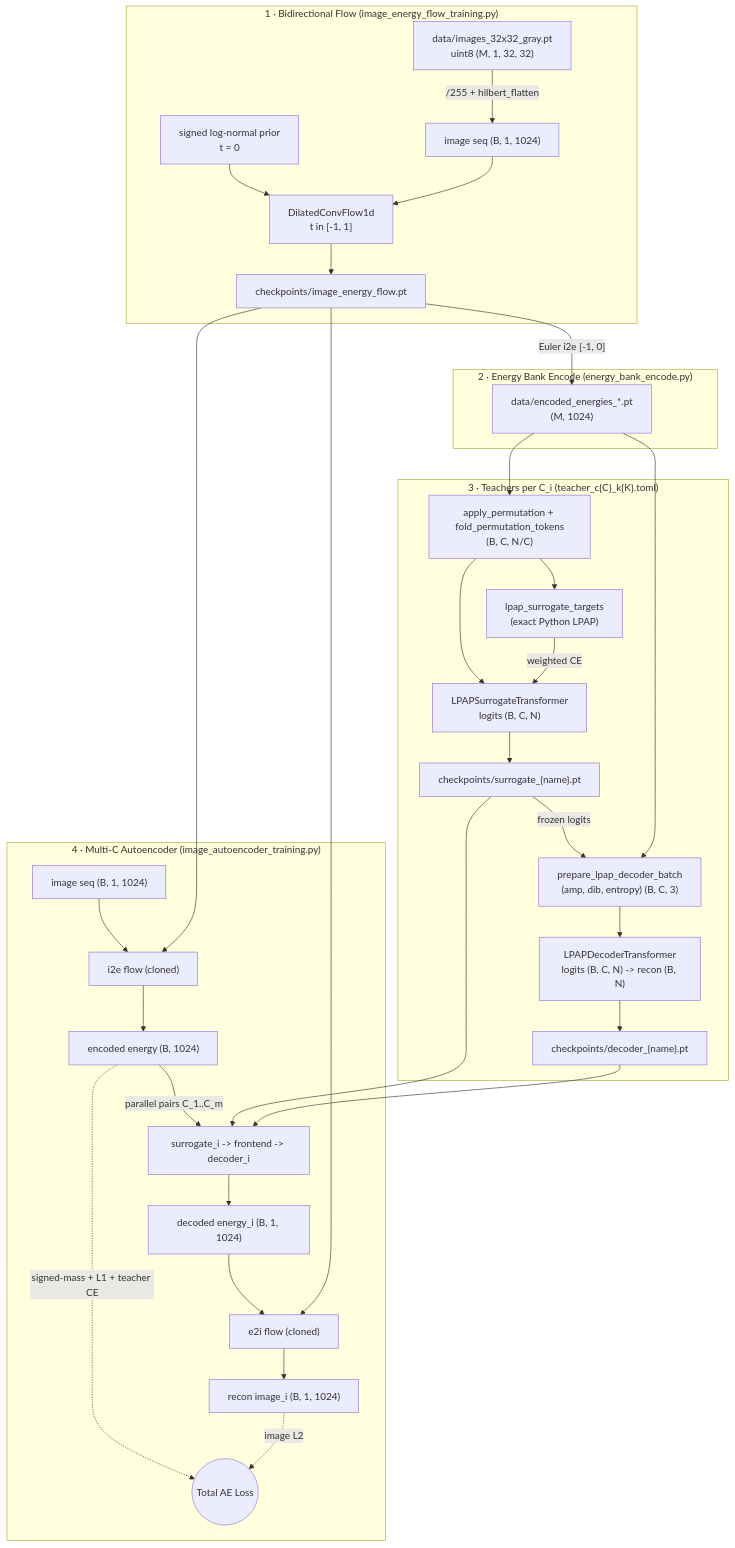
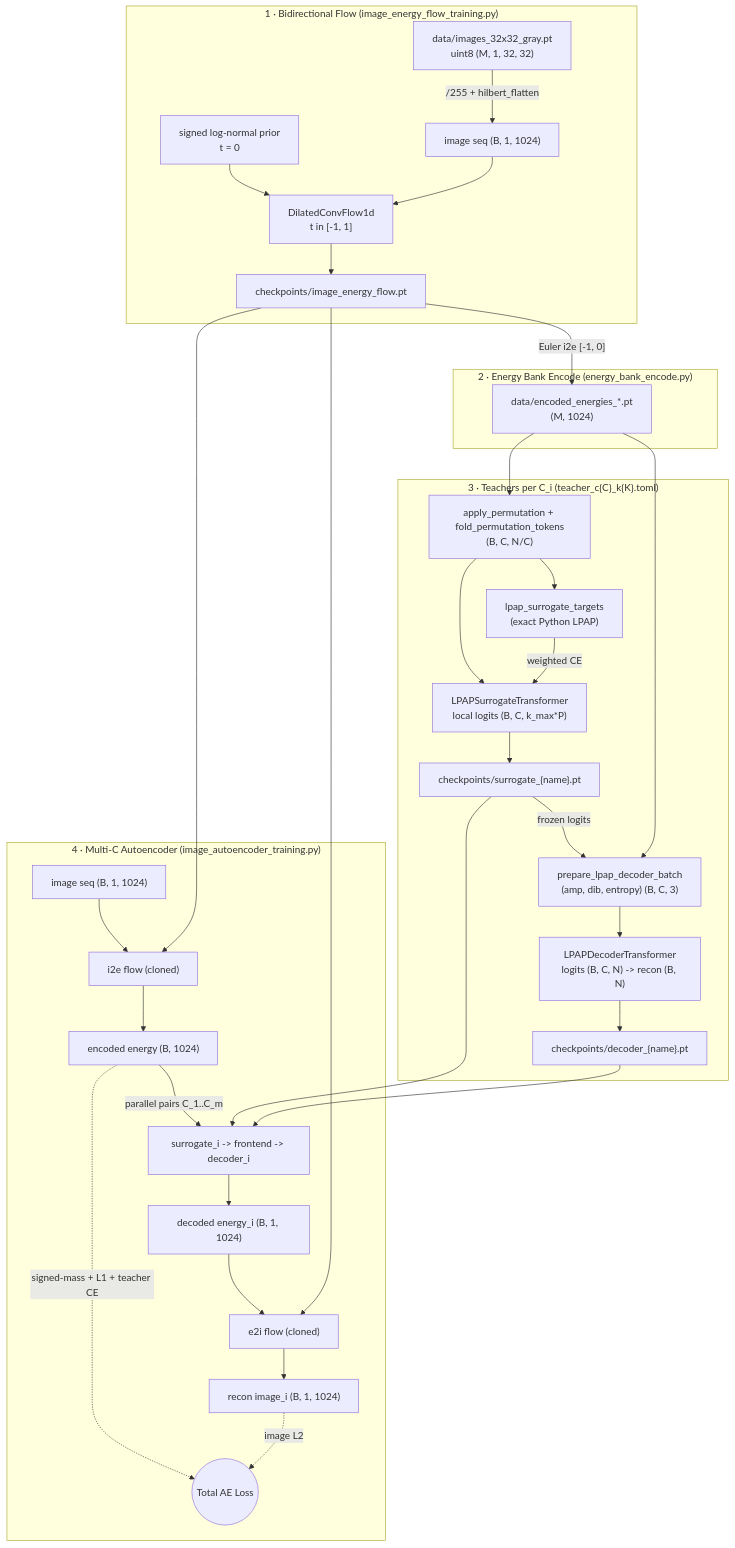
The diagram in docs/review/STEP1.md (matovitch/lpap), drawn with Mermaid before and after one commit. The commit also changed other lines of this file and 1 other file, not shown here.

````diff
--- a/docs/review/STEP1.md
+++ b/docs/review/STEP1.md
@@ -28,38 +28,38 @@
 ```mermaid
 flowchart TB
   subgraph Stage1["1 · Bidirectional Flow (image_energy_flow_training.py)"]
     img_ds["data/images_32x32_gray.pt<br/>uint8 (M, 1, 32, 32)"] -->|"/255 + hilbert_flatten"| x_seq["image seq (B, 1, 1024)"]
     prior["signed log-normal prior<br/>t = 0"] --> fm["DilatedConvFlow1d<br/>t in [-1, 1]"]
     x_seq --> fm
     fm --> flow_ckpt["checkpoints/image_energy_flow.pt"]
   end
 
   subgraph Stage2["2 · Energy Bank Encode (energy_bank_encode.py)"]
     flow_ckpt -->|"Euler i2e [-1, 0]"| bank["data/encoded_energies_*.pt<br/>(M, 1024)"]
   end
 
   subgraph Stage3["3 · Teachers per C_i (teacher_c{C}_k{K}.toml)"]
     bank --> perm["apply_permutation + fold_permutation_tokens<br/>(B, C, N/C)"]
-    perm --> sur["LPAPSurrogateTransformer<br/>logits (B, C, N)"]
+    perm --> sur["LPAPSurrogateTransformer<br/>local logits (B, C, k_max*P)"]
     perm --> oracle["lpap_surrogate_targets<br/>(exact Python LPAP)"]
     oracle -->|"weighted CE"| sur
     sur --> sur_ckpt["checkpoints/surrogate_{name}.pt"]
     sur_ckpt -->|"frozen logits"| front["prepare_lpap_decoder_batch<br/>(amp, dib, entropy) (B, C, 3)"]
     bank --> front
     front --> dec["LPAPDecoderTransformer<br/>logits (B, C, N) -> recon (B, N)"]
     dec --> dec_ckpt["checkpoints/decoder_{name}.pt"]
   end
 
   subgraph Stage4["4 · Multi-C Autoencoder (image_autoencoder_training.py)"]
     x_ae["image seq (B, 1, 1024)"] --> i2e["i2e flow (cloned)"] --> e_hat["encoded energy (B, 1024)"]
     e_hat -->|"parallel pairs C_1..C_m"| pair["surrogate_i -> frontend -> decoder_i"]
     pair --> d_hat["decoded energy_i (B, 1, 1024)"] --> e2i["e2i flow (cloned)"] --> x_hat["recon image_i (B, 1, 1024)"]
     e_hat -. "signed-mass + L1 + teacher CE" .-> loss((Total AE Loss))
     x_hat -. "image L2" .-> loss
   end
 
   flow_ckpt --> i2e
   flow_ckpt --> e2i
   sur_ckpt --> pair
   dec_ckpt --> pair
 ```
````
